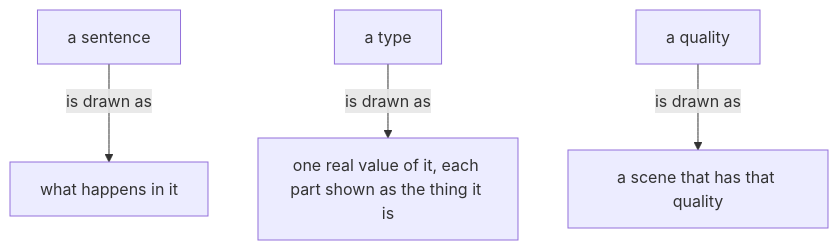
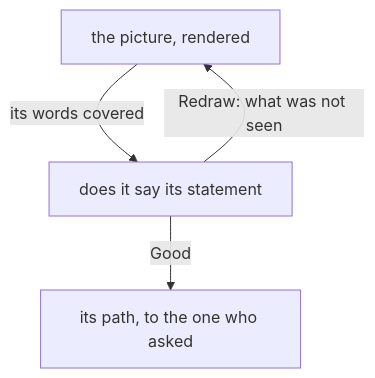
One commit to LiGoldragon/mind-belief changed the second of 2 diagrams in notion/visualizer/0.md. Above: the diagram before and after it, drawn with Mermaid. The commit also changed other lines of this file and 3 other files, not shown here.

Commit message:
Define the visualizer, chart cases and visual source

````diff
--- a/notion/visualizer/0.md
+++ b/notion/visualizer/0.md
@@ -48,6 +72,6 @@
 ```mermaid
 flowchart TB
-    s["a sentence"] -- "is drawn as" --> h["what happens in it"]
-    t["a type"] -- "is drawn as" --> v["one real value of it, each part shown as the thing it is"]
-    q["a quality"] -- "is drawn as" --> f["a scene that has that quality"]
+    p["the picture, rendered"] -- "its words covered" --> q["does it say its statement"]
+    q -- "Redraw: what was not seen" --> p
+    q -- "Good" --> h["its path, to the one who asked"]
 ```
````
